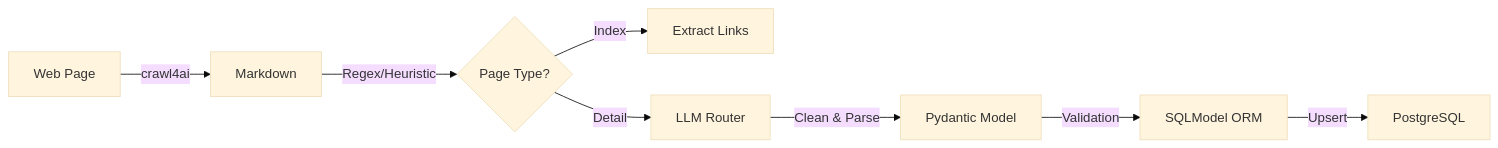
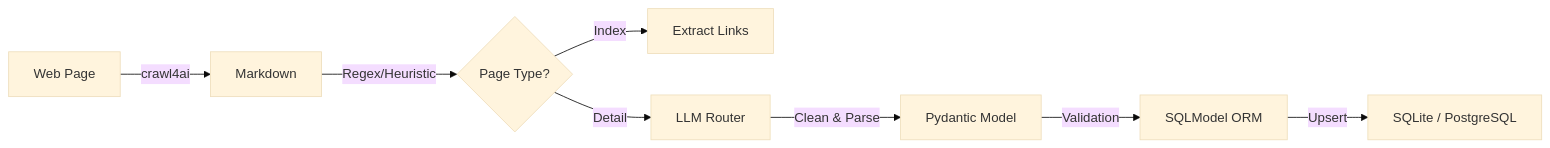
The diagram in PROJECT_CONTEXT.md (dlfkid/uni-admission-agent), drawn with Mermaid (base theme) before and after one commit. The commit also changed other lines of this file and 1 other file, not shown here.

First line of the commit message:
docs: reposition PROJECT_CONTEXT.md as contributor architecture doc, drop change_log.md

````diff
--- a/PROJECT_CONTEXT.md
+++ b/PROJECT_CONTEXT.md
@@ -97,10 +124,10 @@
 ```mermaid
 flowchart LR
     A[Web Page] -->|crawl4ai| B[Markdown]
     B -->|Regex/Heuristic| C{Page Type?}
     C -->|Index| D[Extract Links]
     C -->|Detail| E[LLM Router]
     E -->|Clean & Parse| F[Pydantic Model]
     F -->|Validation| G[SQLModel ORM]
-    G -->|Upsert| H[PostgreSQL]
+    G -->|Upsert| H[SQLite / PostgreSQL]
 ```
````
